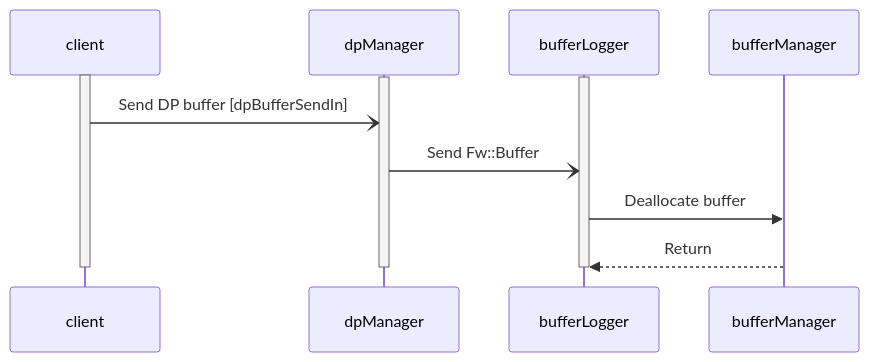
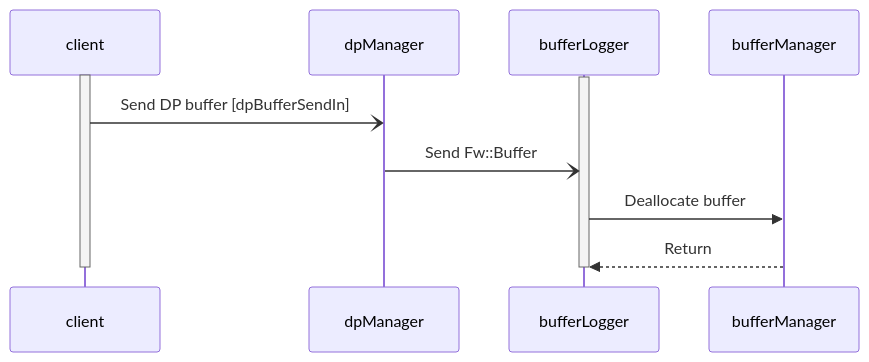
One commit to bocchino/fprime changed the second of 2 diagrams in Svc/DpManager/docs/sdd.md. Above: the diagram before and after it, drawn with Mermaid. The commit also changed other lines of this file and 4 other files, not shown here.

````diff
--- a/Svc/DpManager/docs/sdd.md
+++ b/Svc/DpManager/docs/sdd.md
@@ -149,13 +162,11 @@
 ```mermaid
 sequenceDiagram
     activate client
-    activate dpManager
     activate bufferLogger
     client-)dpManager: Send DP buffer [dpBufferSendIn]
     dpManager-)bufferLogger: Send Fw::Buffer
     bufferLogger->>bufferManager: Deallocate buffer
     bufferManager-->>bufferLogger: Return
     deactivate bufferLogger
-    deactivate dpManager
     deactivate client
 ```
````
